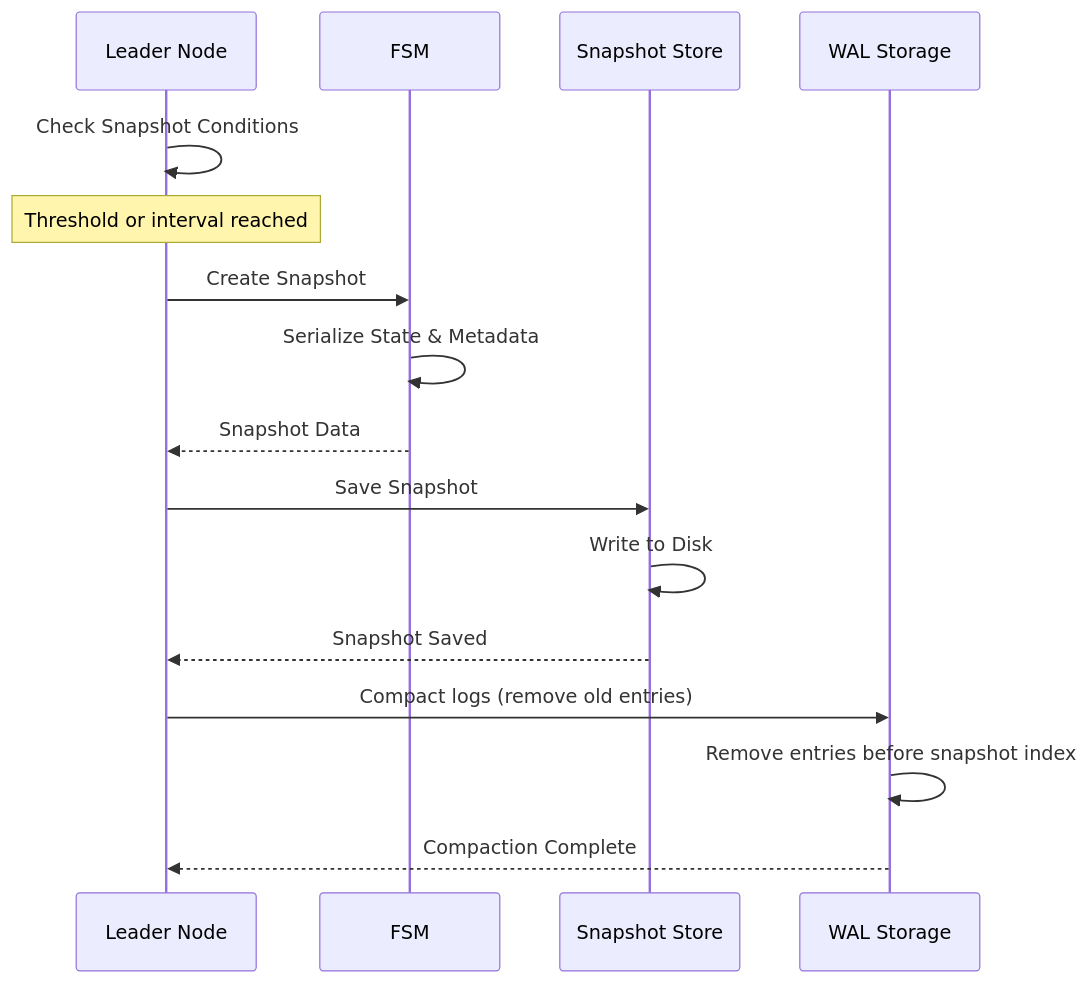
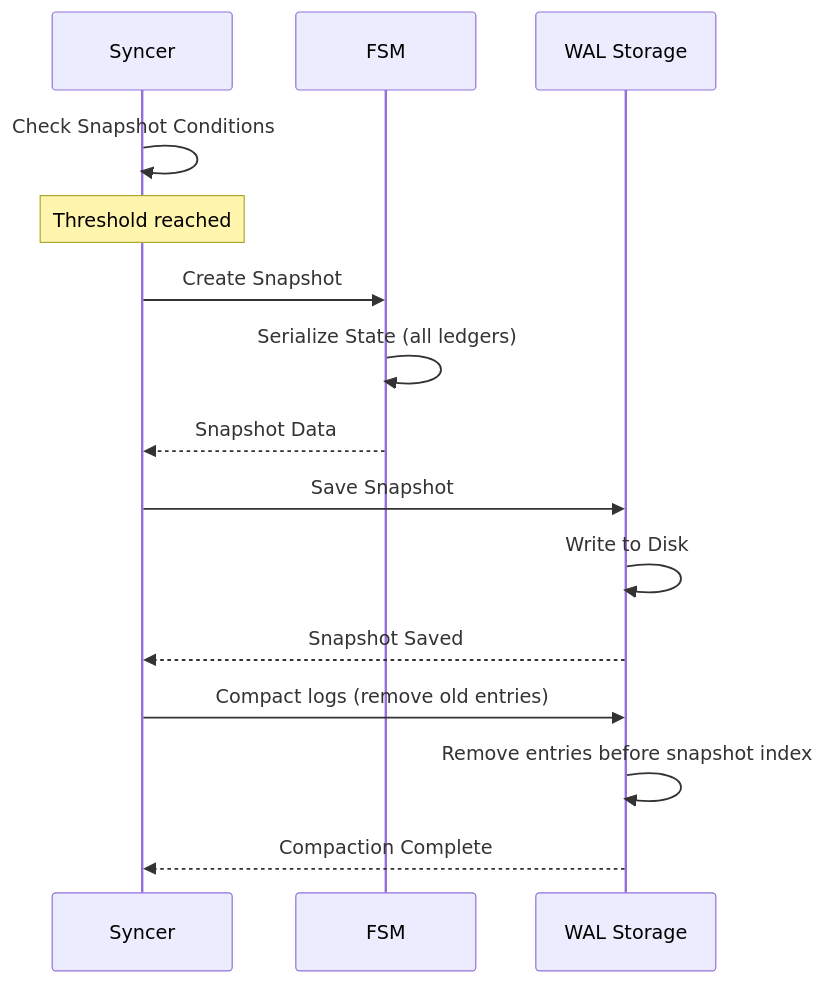
One commit to formancehq/ledger changed the fifth of 7 diagrams in docs/data-flows.md. Above: the diagram before and after it, drawn with Mermaid. The commit also changed other lines of this file and 41 other files, not shown here.

````diff
--- a/docs/data-flows.md
+++ b/docs/data-flows.md
@@ -274,22 +261,21 @@
 ```mermaid
 sequenceDiagram
-    participant Leader as Leader Node
+    participant Syncer as Syncer
     participant FSM as FSM
-    participant SnapshotStore as Snapshot Store
-    participant WAL as WAL Storage
+    participant SnapshotStore as WAL Storage
     
-    Leader->>Leader: Check Snapshot Conditions
-    Note over Leader: Threshold or interval reached
+    Syncer->>Syncer: Check Snapshot Conditions
+    Note over Syncer: Threshold reached
     
-    Leader->>FSM: Create Snapshot
-    FSM->>FSM: Serialize State & Metadata
-    FSM-->>Leader: Snapshot Data
+    Syncer->>FSM: Create Snapshot
+    FSM->>FSM: Serialize State (all ledgers)
+    FSM-->>Syncer: Snapshot Data
     
-    Leader->>SnapshotStore: Save Snapshot
+    Syncer->>SnapshotStore: Save Snapshot
     SnapshotStore->>SnapshotStore: Write to Disk
-    SnapshotStore-->>Leader: Snapshot Saved
+    SnapshotStore-->>Syncer: Snapshot Saved
     
-    Leader->>WAL: Compact logs (remove old entries)
-    WAL->>WAL: Remove entries before snapshot index
-    WAL-->>Leader: Compaction Complete
+    Syncer->>SnapshotStore: Compact logs (remove old entries)
+    SnapshotStore->>SnapshotStore: Remove entries before snapshot index
+    SnapshotStore-->>Syncer: Compaction Complete
 ```
````
